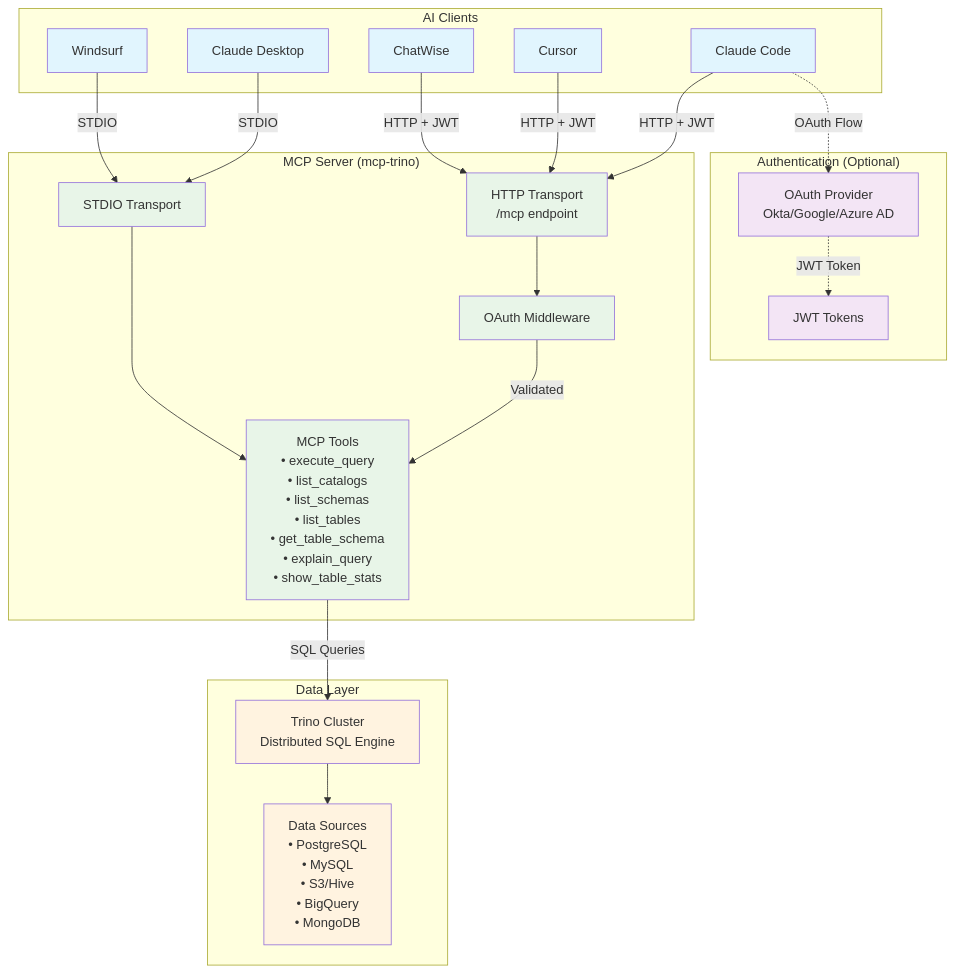
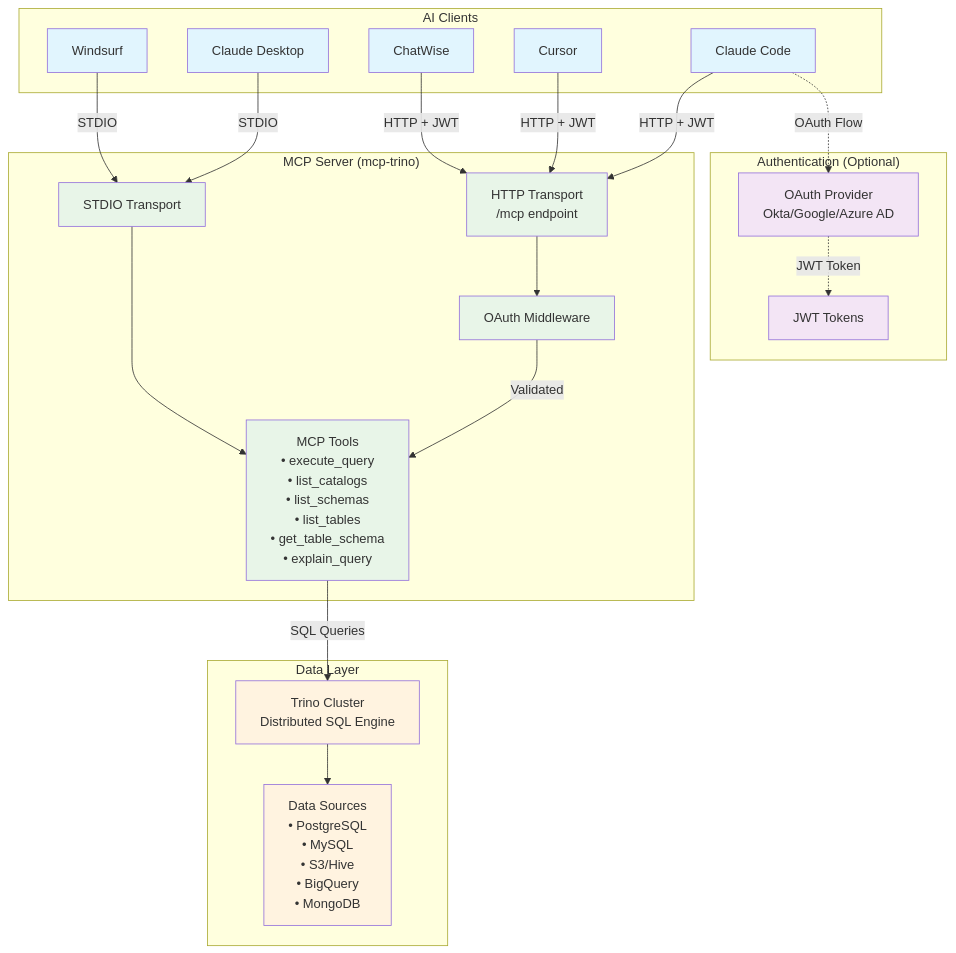
The diagram in README.md (tuannvm/mcp-trino), drawn with Mermaid before and after one commit. The commit also changed other lines of this file, not shown here.

Commit message:
docs: update README to remove table stats section

````diff
--- a/README.md
+++ b/README.md
@@ -26,55 +26,55 @@
 ```mermaid
 graph TB
     subgraph "AI Clients"
         CC[Claude Code]
         CD[Claude Desktop]
         CR[Cursor]
         WS[Windsurf]
         CW[ChatWise]
     end
     
     subgraph "Authentication (Optional)"
         OP[OAuth Provider<br/>Okta/Google/Azure AD]
         JWT[JWT Tokens]
     end
     
     subgraph "MCP Server (mcp-trino)"
         HTTP[HTTP Transport<br/>/mcp endpoint]
         STDIO[STDIO Transport]
         AUTH[OAuth Middleware]
-        TOOLS[MCP Tools<br/>• execute_query<br/>• list_catalogs<br/>• list_schemas<br/>• list_tables<br/>• get_table_schema<br/>• explain_query<br/>• show_table_stats]
+        TOOLS[MCP Tools<br/>• execute_query<br/>• list_catalogs<br/>• list_schemas<br/>• list_tables<br/>• get_table_schema<br/>• explain_query]
     end
     
     subgraph "Data Layer"
         TRINO[Trino Cluster<br/>Distributed SQL Engine]
         CATALOGS[Data Sources<br/>• PostgreSQL<br/>• MySQL<br/>• S3/Hive<br/>• BigQuery<br/>• MongoDB]
     end
     
     %% Connections
     CC -.->|OAuth Flow| OP
     OP -.->|JWT Token| JWT
     
     CC -->|HTTP + JWT| HTTP
     CD -->|STDIO| STDIO
     CR -->|HTTP + JWT| HTTP
     WS -->|STDIO| STDIO
     CW -->|HTTP + JWT| HTTP
     
     HTTP --> AUTH
     AUTH -->|Validated| TOOLS
     STDIO --> TOOLS
     
     TOOLS -->|SQL Queries| TRINO
     TRINO --> CATALOGS
     
     %% Styling
     classDef client fill:#e1f5fe
     classDef auth fill:#f3e5f5
     classDef server fill:#e8f5e8
     classDef data fill:#fff3e0
     
     class CC,CD,CR,WS,CW client
     class OP,JWT auth
     class HTTP,STDIO,AUTH,TOOLS server
     class TRINO,CATALOGS data
 ```
````
